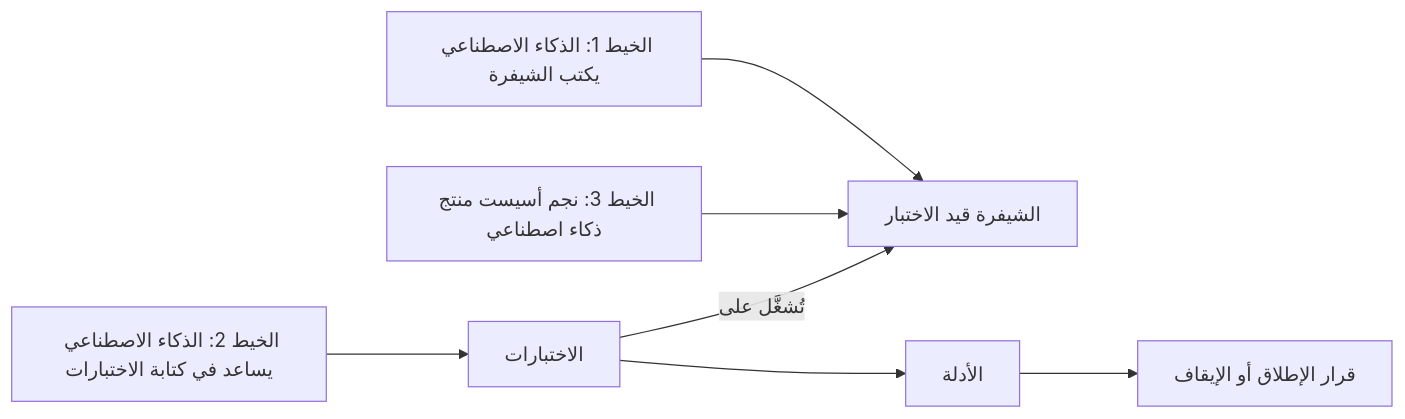
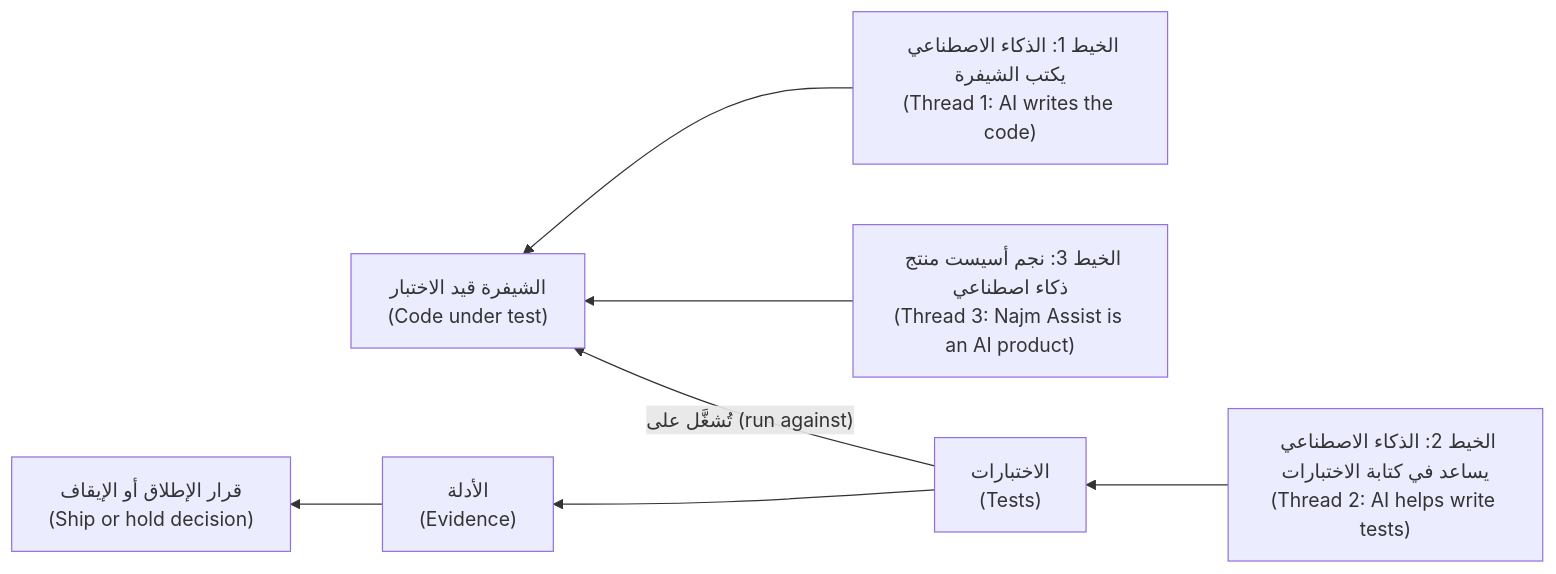
The first of 3 diagrams in testing/modules/00-orientation.ar.md (Tamoura/system-design-for-vibe-coders), drawn with Mermaid before and after one commit. The commit also changed other lines of this file and 39 other files, not shown here.

````diff
--- a/testing/modules/00-orientation.ar.md
+++ b/testing/modules/00-orientation.ar.md
@@ -74,9 +74,9 @@
 ```mermaid
-flowchart LR
-    A["الخيط 1: الذكاء الاصطناعي يكتب الشيفرة"] --> C["الشيفرة قيد الاختبار"]
-    N["الخيط 3: نجم أسيست منتج ذكاء اصطناعي"] --> C
-    B["الخيط 2: الذكاء الاصطناعي يساعد في كتابة الاختبارات"] --> T["الاختبارات"]
-    T -->|"تُشغَّل على"| C
-    T --> E["الأدلة"]
-    E --> D["قرار الإطلاق أو الإيقاف"]
+flowchart RL
+    A["الخيط 1: الذكاء الاصطناعي يكتب الشيفرة<br/>(Thread 1: AI writes the code)"] --> C["الشيفرة قيد الاختبار<br/>(Code under test)"]
+    N["الخيط 3: نجم أسيست منتج ذكاء اصطناعي<br/>(Thread 3: Najm Assist is an AI product)"] --> C
+    B["الخيط 2: الذكاء الاصطناعي يساعد في كتابة الاختبارات<br/>(Thread 2: AI helps write tests)"] --> T["الاختبارات<br/>(Tests)"]
+    T -->|"تُشغَّل على (run against)"| C
+    T --> E["الأدلة<br/>(Evidence)"]
+    E --> D["قرار الإطلاق أو الإيقاف<br/>(Ship or hold decision)"]
 ```
````
